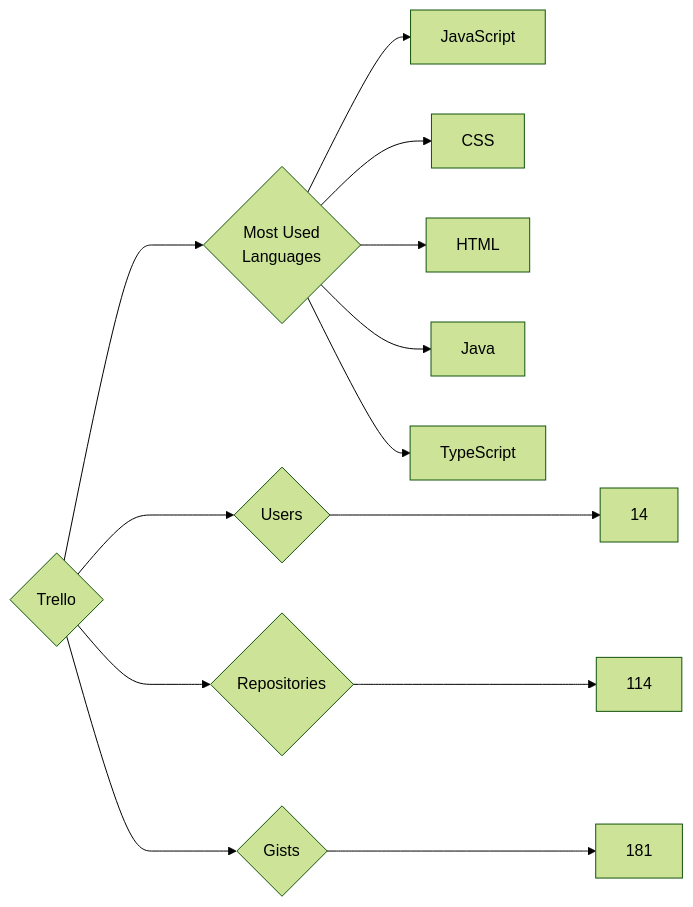
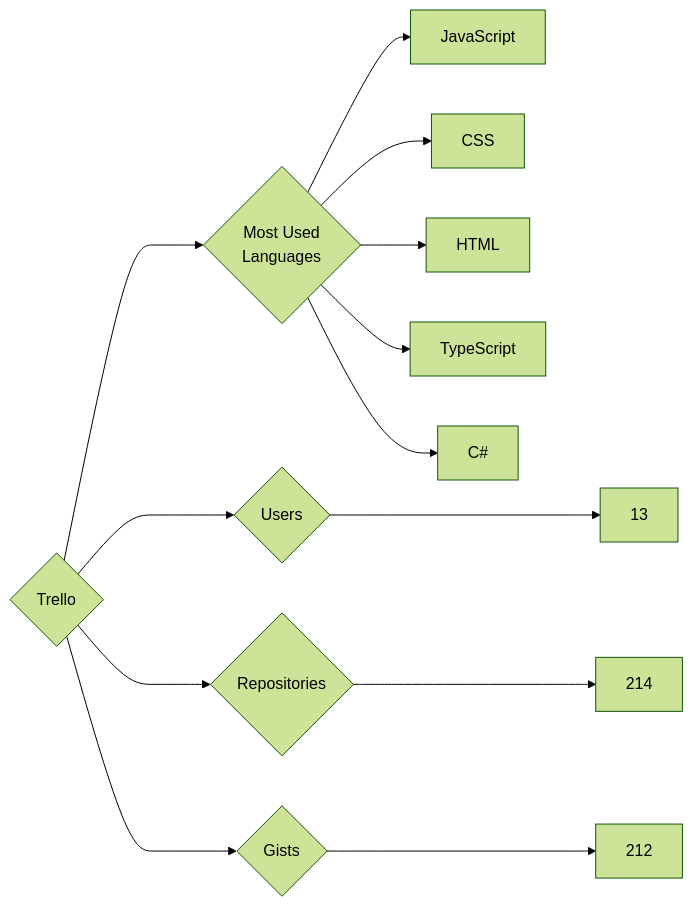
One commit to trickest/insiders changed the diagram in targets/Trello/README.md. Above: the diagram before and after it, drawn with Mermaid (forest theme). The commit also changed 1484 other files, not shown here.

````diff
--- a/targets/Trello/README.md
+++ b/targets/Trello/README.md
@@ -3,13 +3,13 @@
 ```mermaid
 graph LR
 COMPANY_NAME{Trello}
-COMPANY_NAME ---> U{Users} ---> UN[14]
-COMPANY_NAME ---> R{Repositories} ---> RN[114]
-COMPANY_NAME ---> G{Gists} ---> GN[181]
+COMPANY_NAME ---> U{Users} ---> UN[13]
+COMPANY_NAME ---> R{Repositories} ---> RN[214]
+COMPANY_NAME ---> G{Gists} ---> GN[212]
 COMPANY_NAME ---> ML{Most Used<br>Languages}
 ML --> JavaScript[JavaScript]
 ML --> CSS[CSS]
 ML --> HTML[HTML]
-ML --> Java[Java]
 ML --> TypeScript[TypeScript]
+ML --> C#[C#]
 ```
````
